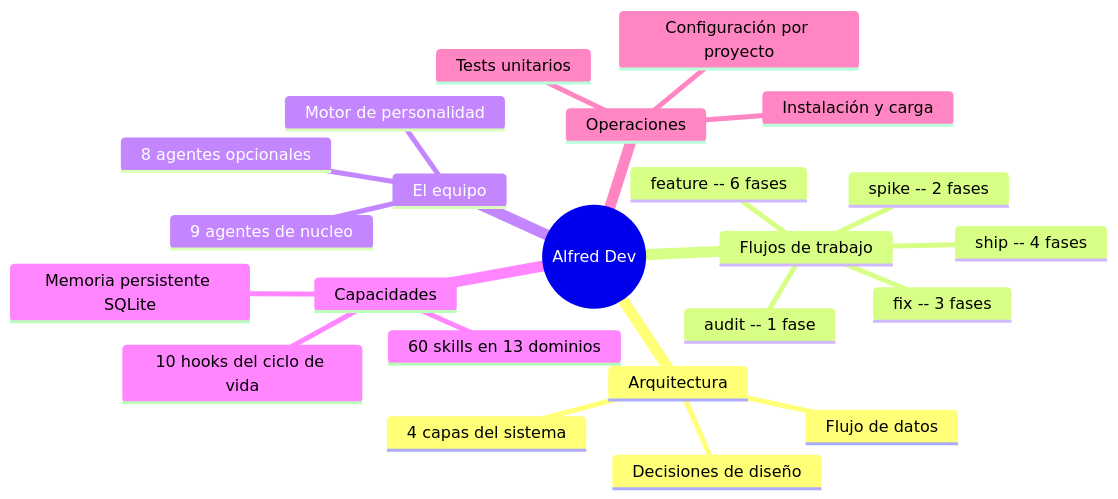
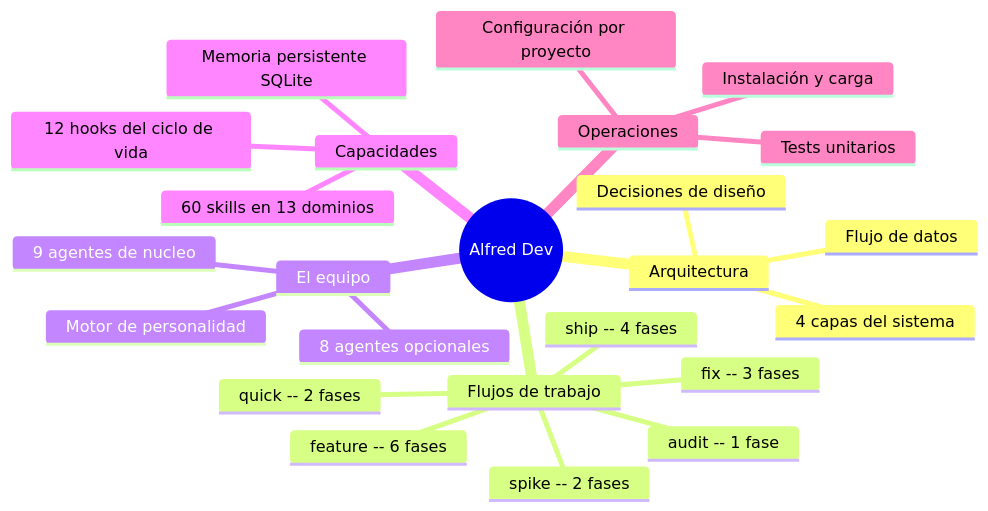
One commit to 686f6c61/alfred-dev changed the diagram in docs/README.md. Above: the diagram before and after it, drawn with Mermaid. The commit also changed other lines of this file and 85 other files, not shown here.

````diff
--- a/docs/README.md
+++ b/docs/README.md
@@ -13,26 +13,27 @@
 ```mermaid
 mindmap
   root((Alfred Dev))
     Arquitectura
       4 capas del sistema
       Decisiones de diseño
       Flujo de datos
     Flujos de trabajo
       feature -- 6 fases
       fix -- 3 fases
       spike -- 2 fases
       ship -- 4 fases
       audit -- 1 fase
+      quick -- 2 fases
     El equipo
       9 agentes de nucleo
       8 agentes opcionales
       Motor de personalidad
     Capacidades
       60 skills en 13 dominios
-      10 hooks del ciclo de vida
+      12 hooks del ciclo de vida
       Memoria persistente SQLite
     Operaciones
       Instalación y carga
       Configuración por proyecto
       Tests unitarios
 ```
````
